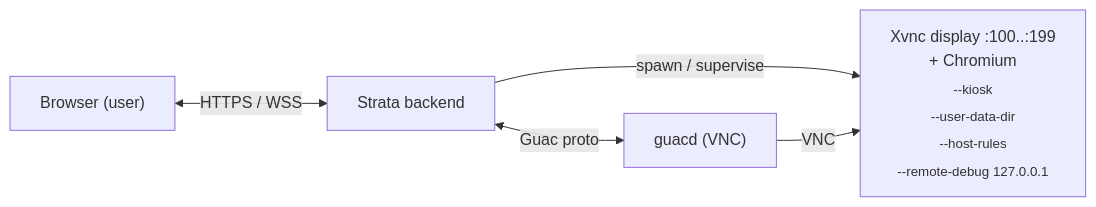
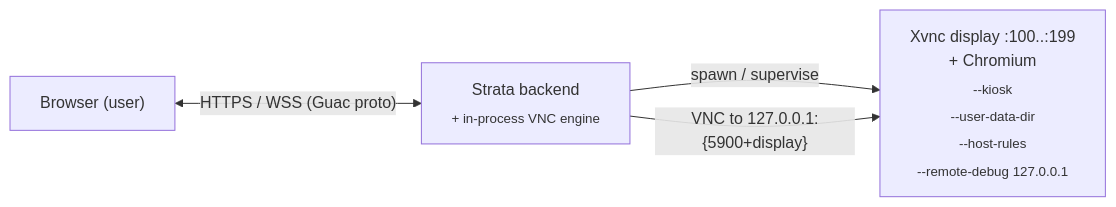
One commit to Bails309/strata-client changed the diagram in docs/web-sessions.md. Above: the diagram before and after it, drawn with Mermaid. The commit also changed other lines of this file and 167 other files, not shown here.

````diff
--- a/docs/web-sessions.md
+++ b/docs/web-sessions.md
@@ -52,11 +52,9 @@
 ```mermaid
 flowchart LR
     Browser["Browser (user)"]
-    Browser <-->|"HTTPS / WSS"| Backend
-    Backend["Strata backend"]
-    Backend <-->|"Guac proto"| Guacd
-    Guacd["guacd (VNC)"]
+    Browser <-->|"HTTPS / WSS (Guac proto)"| Backend
+    Backend["Strata backend<br/><sub>+ in-process VNC engine</sub>"]
     Backend -->|"spawn / supervise"| Display
     Display["Xvnc display :100..:199<br/>+ Chromium<br/><sub>--kiosk<br/>--user-data-dir<br/>--host-rules<br/>--remote-debug 127.0.0.1</sub>"]
-    Guacd -->|"VNC"| Display
+    Backend -->|"VNC to 127.0.0.1:{5900+display}"| Display
 ```
````
